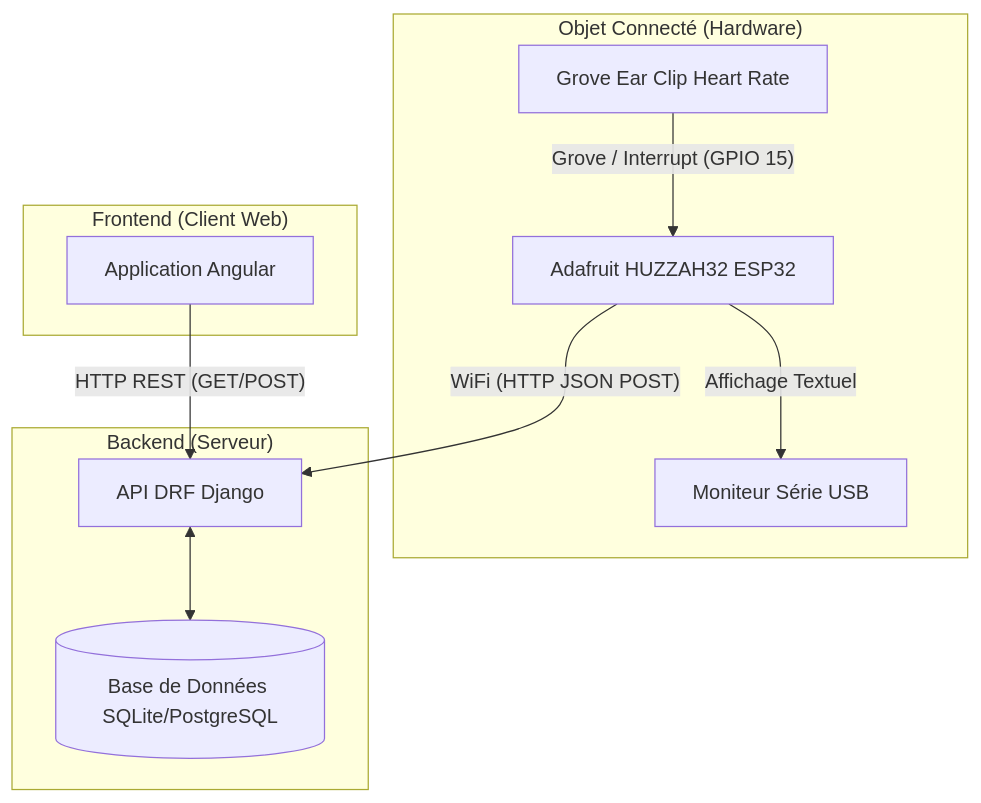
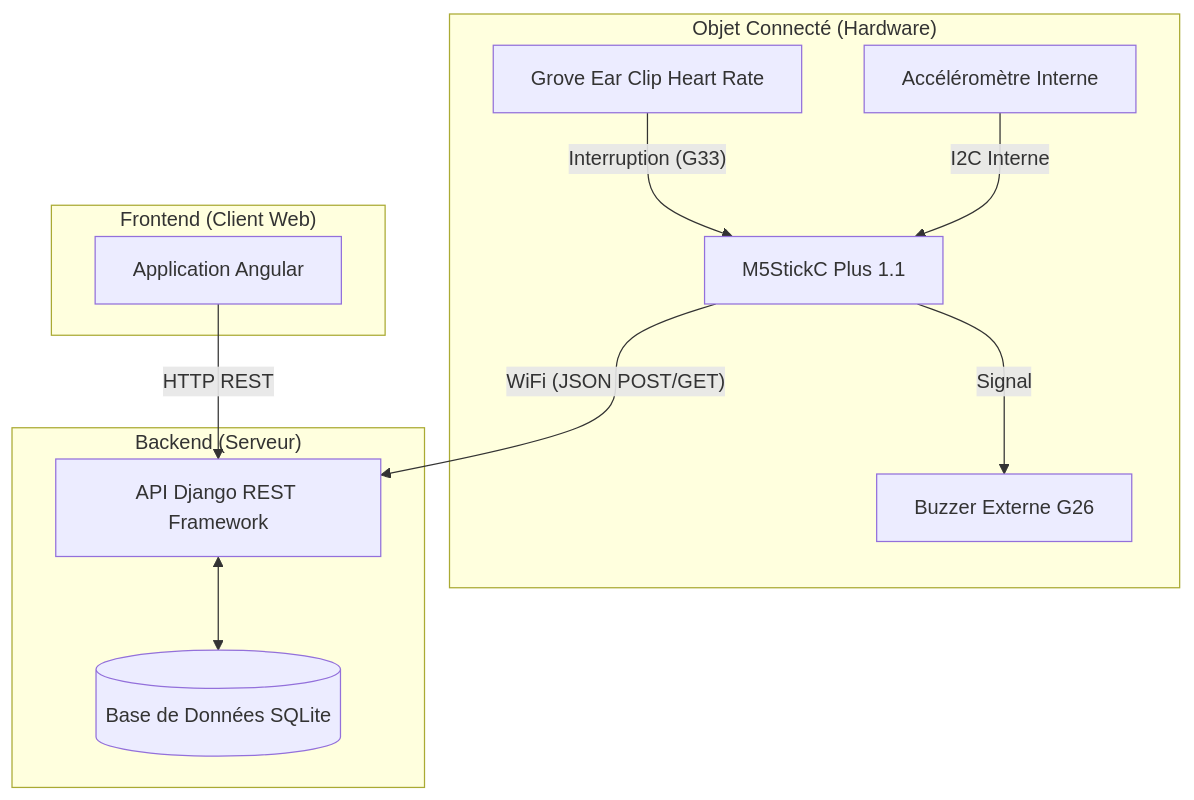
Before and after one commit to JL23308/detecteur_mensonge: the diagram in README.md, drawn with Mermaid. The commit also changed other lines of this file, not shown here.

````diff
--- a/README.md
+++ b/README.md
@@ -11,24 +31,26 @@
 ```mermaid
 graph TD
     subgraph "Objet Connecté (Hardware)"
-        ESP32[Adafruit HUZZAH32 ESP32]
-        Capteur[Grove Ear Clip Heart Rate]
-        Ecran[Moniteur Série USB]
+        ESP32[M5StickC Plus 1.1]
+        Capteur_Pulse[Grove Ear Clip Heart Rate]
+        IMU[Accéléromètre Interne]
+        Buzzer[Buzzer Externe G26]
         
-        Capteur -- Grove / Interrupt (GPIO 15) --> ESP32
-        ESP32 -- Affichage Textuel --> Ecran
+        Capteur_Pulse -- Interruption (G33) --> ESP32
+        IMU -- I2C Interne --> ESP32
+        ESP32 -- Signal --> Buzzer
     end
 
     subgraph "Backend (Serveur)"
-        API[API DRF Django]
-        BDD[(Base de Données SQLite/PostgreSQL)]
+        API[API Django REST Framework]
+        BDD[(Base de Données SQLite)]
         API <--> BDD
     end
 
     subgraph "Frontend (Client Web)"
         App[Application Angular]
     end
 
-    ESP32 -- "WiFi (HTTP JSON POST)" --> API
-    App -- "HTTP REST (GET/POST)" --> API
+    ESP32 -- "WiFi (JSON POST/GET)" --> API
+    App -- "HTTP REST" --> API
 ```
````
